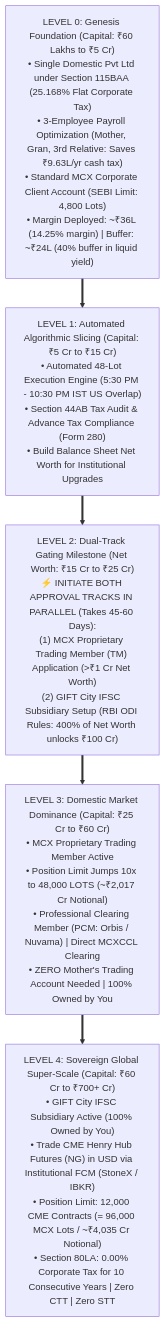
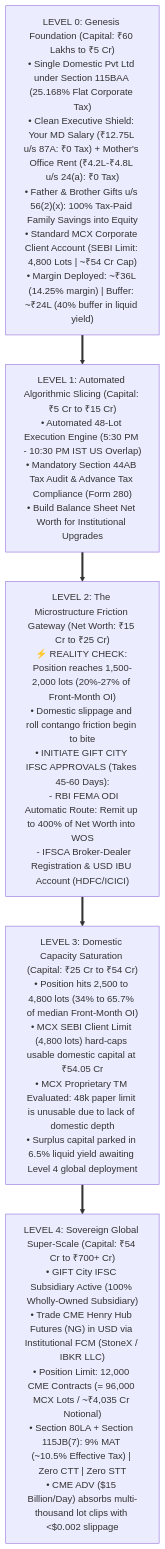
The first of 5 diagrams in models/execution_and_tax_validation_plan.md (yieldchaser/mcx-margins), drawn with Mermaid before and after one commit. The commit also changed other lines of this file, not shown here.

Commit message:
docs(plan): add empirical swing decomposition and 40-50% cash buffer sizing analysis

````diff
--- a/models/execution_and_tax_validation_plan.md
+++ b/models/execution_and_tax_validation_plan.md
@@ -25,14 +26,14 @@
 ```mermaid
 flowchart TD
-    L0["LEVEL 0: Genesis Foundation (Capital: ₹60 Lakhs to ₹5 Cr)<br/>• Single Domestic Pvt Ltd under Section 115BAA (25.168% Flat Corporate Tax)<br/>• 3-Employee Payroll Optimization (Mother, Gran, 3rd Relative: Saves ₹9.63L/yr cash tax)<br/>• Standard MCX Corporate Client Account (SEBI Limit: 4,800 Lots)<br/>• Margin Deployed: ~₹36L (14.25% margin) | Buffer: ~₹24L (40% buffer in liquid yield)"]
+    L0["LEVEL 0: Genesis Foundation (Capital: ₹60 Lakhs to ₹5 Cr)<br/>• Single Domestic Pvt Ltd under Section 115BAA (25.168% Flat Corporate Tax)<br/>• Clean Executive Shield: Your MD Salary (₹12.75L u/s 87A: ₹0 Tax) + Mother's Office Rent (₹4.2L-₹4.8L u/s 24(a): ₹0 Tax)<br/>• Father & Brother Gifts u/s 56(2)(x): 100% Tax-Paid Family Savings into Equity<br/>• Standard MCX Corporate Client Account (SEBI Limit: 4,800 Lots | ~₹54 Cr Cap)<br/>• Margin Deployed: ~₹36L (14.25% margin) | Buffer: ~₹24L (40% buffer in liquid yield)"]
     
-    L1["LEVEL 1: Automated Algorithmic Slicing (Capital: ₹5 Cr to ₹15 Cr)<br/>• Automated 48-Lot Execution Engine (5:30 PM - 10:30 PM IST US Overlap)<br/>• Section 44AB Tax Audit & Advance Tax Compliance (Form 280)<br/>• Build Balance Sheet Net Worth for Institutional Upgrades"]
+    L1["LEVEL 1: Automated Algorithmic Slicing (Capital: ₹5 Cr to ₹15 Cr)<br/>• Automated 48-Lot Execution Engine (5:30 PM - 10:30 PM IST US Overlap)<br/>• Mandatory Section 44AB Tax Audit & Advance Tax Compliance (Form 280)<br/>• Build Balance Sheet Net Worth for Institutional Upgrades"]
     
-    L2["LEVEL 2: Dual-Track Gating Milestone (Net Worth: ₹15 Cr to ₹25 Cr)<br/>⚡ INITIATE BOTH APPROVAL TRACKS IN PARALLEL (Takes 45-60 Days):<br/>(1) MCX Proprietary Trading Member (TM) Application (>₹1 Cr Net Worth)<br/>(2) GIFT City IFSC Subsidiary Setup (RBI ODI Rules: 400% of Net Worth unlocks ₹100 Cr)"]
+    L2["LEVEL 2: The Microstructure Friction Gateway (Net Worth: ₹15 Cr to ₹25 Cr)<br/>⚡ REALITY CHECK: Position reaches 1,500-2,000 lots (20%-27% of Front-Month OI)<br/>• Domestic slippage and roll contango friction begin to bite<br/>• INITIATE GIFT CITY IFSC APPROVALS (Takes 45-60 Days):<br/>  - RBI FEMA ODI Automatic Route: Remit up to 400% of Net Worth into WOS<br/>  - IFSCA Broker-Dealer Registration & USD IBU Account (HDFC/ICICI)"]
     
-    L3["LEVEL 3: Domestic Market Dominance (Capital: ₹25 Cr to ₹60 Cr)<br/>• MCX Proprietary Trading Member Active<br/>• Position Limit Jumps 10x to 48,000 LOTS (~₹2,017 Cr Notional)<br/>• Professional Clearing Member (PCM: Orbis / Nuvama) | Direct MCXCCL Clearing<br/>• ZERO Mother's Trading Account Needed | 100% Owned by You"]
+    L3["LEVEL 3: Domestic Capacity Saturation (Capital: ₹25 Cr to ₹54 Cr)<br/>• Position hits 2,500 to 4,800 lots (34% to 65.7% of median Front-Month OI)<br/>• MCX SEBI Client Limit (4,800 lots) hard-caps usable domestic capital at ₹54.05 Cr<br/>• MCX Proprietary TM Evaluated: 48k paper limit is unusable due to lack of domestic depth<br/>• Surplus capital parked in 6.5% liquid yield awaiting Level 4 global deployment"]
     
-    L4["LEVEL 4: Sovereign Global Super-Scale (Capital: ₹60 Cr to ₹700+ Cr)<br/>• GIFT City IFSC Subsidiary Active (100% Owned by You)<br/>• Trade CME Henry Hub Futures (NG) in USD via Institutional FCM (StoneX / IBKR)<br/>• Position Limit: 12,000 CME Contracts (= 96,000 MCX Lots / ~₹4,035 Cr Notional)<br/>• Section 80LA: 0.00% Corporate Tax for 10 Consecutive Years | Zero CTT | Zero STT"]
+    L4["LEVEL 4: Sovereign Global Super-Scale (Capital: ₹54 Cr to ₹700+ Cr)<br/>• GIFT City IFSC Subsidiary Active (100% Wholly-Owned Subsidiary)<br/>• Trade CME Henry Hub Futures (NG) in USD via Institutional FCM (StoneX / IBKR LLC)<br/>• Position Limit: 12,000 CME Contracts (= 96,000 MCX Lots / ~₹4,035 Cr Notional)<br/>• Section 80LA + Section 115JB(7): 9% MAT (~10.5% Effective Tax) | Zero CTT | Zero STT<br/>• CME ADV ($15 Billion/Day) absorbs multi-thousand lot clips with <$0.002 slippage"]
 
     L0 ==> L1 ==> L2 ==> L3 ==> L4
 ```
````
